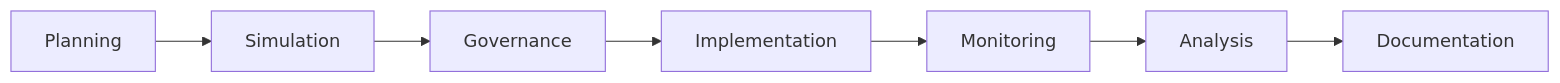
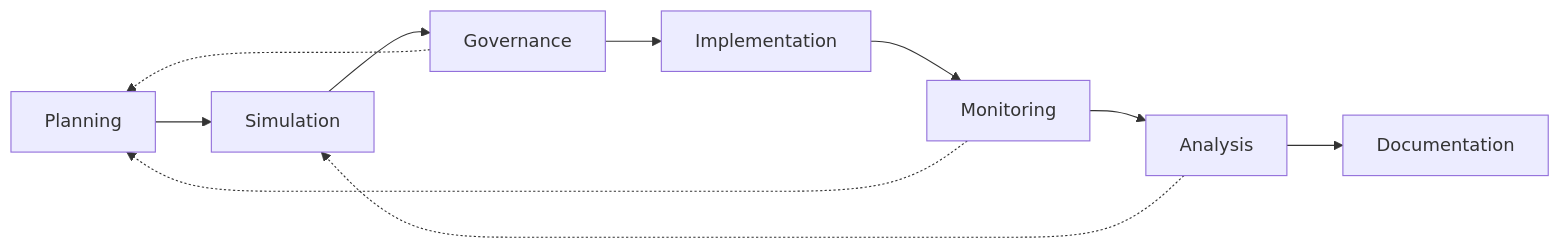
One commit to quenio/ATN changed the diagram in Workflows/Operations/README.md. Above: the diagram before and after it, drawn with Mermaid. The commit also changed other lines of this file and 3 other files, not shown here.

Commit message:
Add feedback loops to workflow diagrams

````diff
--- a/Workflows/Operations/README.md
+++ b/Workflows/Operations/README.md
@@ -19,9 +19,12 @@
 ```mermaid
 flowchart LR
     Planning --> Simulation
     Simulation --> Governance
     Governance --> Implementation
     Implementation --> Monitoring
     Monitoring --> Analysis
     Analysis --> Documentation
+    Analysis -.-> Simulation
+    Monitoring -.-> Planning
+    Governance -.-> Planning
 ```
````
